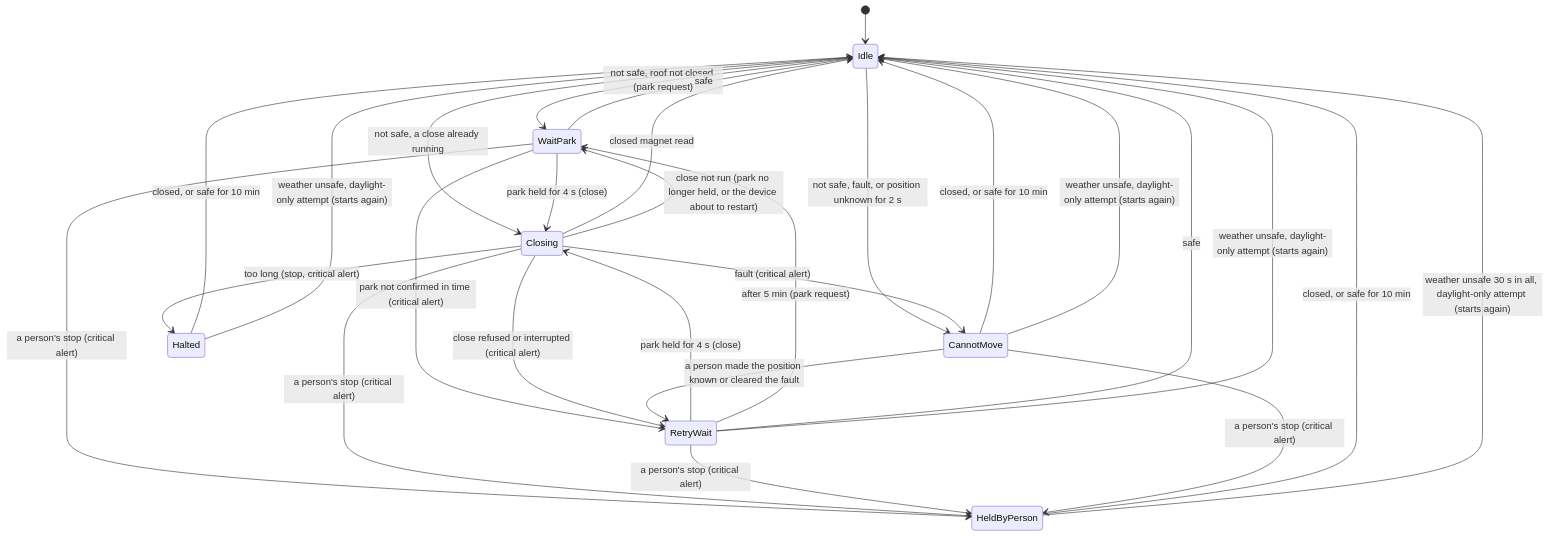
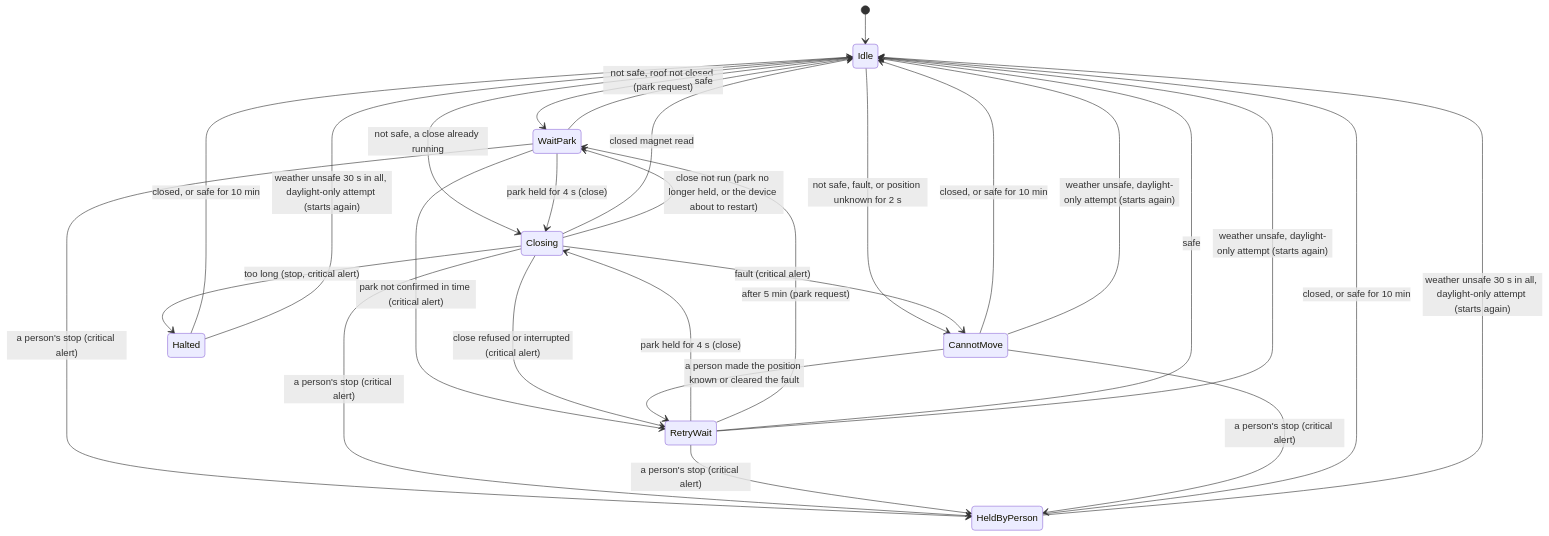
Before and after one commit to DeanJ87/RoofRoof: the diagram in docs/user-guide/close-on-unsafe.md, drawn with Mermaid. The commit also changed other lines of this file and 13 other files, not shown here.

````diff
--- a/docs/user-guide/close-on-unsafe.md
+++ b/docs/user-guide/close-on-unsafe.md
@@ -33,32 +33,32 @@
 ```mermaid
 stateDiagram-v2
     accTitle: The close on unsafe weather
-    accDescr: From idle, an unsafe verdict with the roof not closed starts an attempt that asks N.I.N.A. to park; a roof already closing is only watched. When the park has held for 4 s the roof is closed. Reaching the closed magnet ends the sequence. A park not confirmed in time, a refused, interrupted or too-long close leads to a five-minute wait, during which a confirmed park still closes the roof, then a new attempt. A fault, or a position unknown for 2 s, stands the sequence down until a person acts. A close that outlasts its guard is stopped and the sequence halts. A person's stop (also while it can't move) stands it down; halted and stood-down sequences end when the roof is closed or it has been safe for 10 minutes. A safe verdict before the close ends the sequence; a close already commanded runs to the end. With the daylight close on, "not safe" also means the sun is up and "safe" means neither; when the weather turns unsafe after a daylight-only attempt, a halted, waiting or can't-move sequence starts again at once, a sequence a person stood down after 30 s of unsafe weather in all.
+    accDescr: From idle, an unsafe verdict with the roof not closed starts an attempt that asks N.I.N.A. to park; a roof already closing is only watched. When the park has held for 4 s the roof is closed. Reaching the closed magnet ends the sequence. A park not confirmed in time, a refused, interrupted or too-long close leads to a five-minute wait, during which a confirmed park still closes the roof, then a new attempt. A fault, or a position unknown for 2 s, stands the sequence down until a person acts. A close that outlasts its guard is stopped and the sequence halts. A person's stop (also while it can't move) stands it down; halted and stood-down sequences end when the roof is closed or it has been safe for 10 minutes. A safe verdict before the close ends the sequence; a close already commanded runs to the end. With the daylight close on, "not safe" also means the sun is up and "safe" means neither; when the weather turns unsafe after a daylight-only attempt, a waiting or can't-move sequence starts again at once, a halted one or one a person stood down after 30 s of unsafe weather in all.
     [*] --> Idle
     Idle --> WaitPark: not safe, roof not closed (park request)
     Idle --> Closing: not safe, a close already running
     Idle --> CannotMove: not safe, fault, or position unknown for 2 s
     WaitPark --> Closing: park held for 4 s (close)
     WaitPark --> RetryWait: park not confirmed in time (critical alert)
     WaitPark --> Idle: safe
     RetryWait --> Closing: park held for 4 s (close)
     RetryWait --> WaitPark: after 5 min (park request)
     RetryWait --> Idle: safe
     Closing --> Idle: closed magnet read
     Closing --> RetryWait: close refused or interrupted (critical alert)
     Closing --> WaitPark: close not run (park no longer held, or the device about to restart)
     Closing --> Halted: too long (stop, critical alert)
     Closing --> CannotMove: fault (critical alert)
     WaitPark --> HeldByPerson: a person's stop (critical alert)
     Closing --> HeldByPerson: a person's stop (critical alert)
     RetryWait --> HeldByPerson: a person's stop (critical alert)
     CannotMove --> RetryWait: a person made the position known or cleared the fault
     CannotMove --> HeldByPerson: a person's stop (critical alert)
     CannotMove --> Idle: closed, or safe for 10 min
     HeldByPerson --> Idle: closed, or safe for 10 min
     Halted --> Idle: closed, or safe for 10 min
     HeldByPerson --> Idle: weather unsafe 30 s in all, daylight-only attempt (starts again)
-    Halted --> Idle: weather unsafe, daylight-only attempt (starts again)
+    Halted --> Idle: weather unsafe 30 s in all, daylight-only attempt (starts again)
     RetryWait --> Idle: weather unsafe, daylight-only attempt (starts again)
     CannotMove --> Idle: weather unsafe, daylight-only attempt (starts again)
 ```
````
